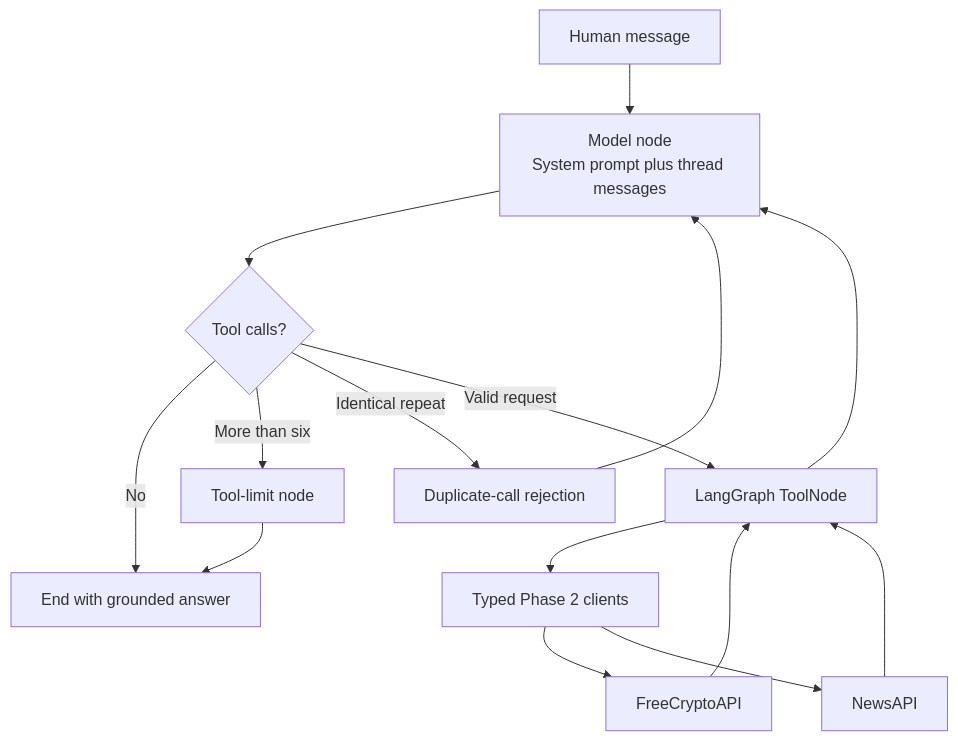
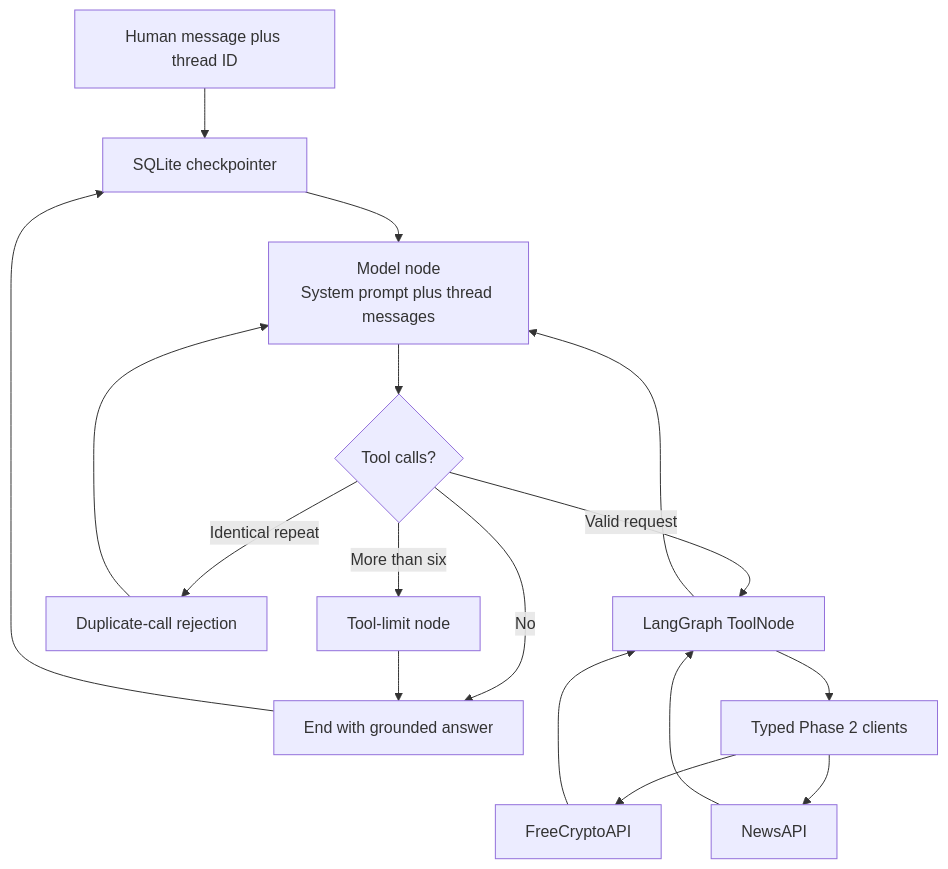
The diagram in docs/architecture.md (siddchauhan77/crypto-analysis-agent-langgraph), drawn with Mermaid before and after one commit. The commit also changed other lines of this file and 11 other files, not shown here.

````diff
--- a/docs/architecture.md
+++ b/docs/architecture.md
@@ -26,17 +29,19 @@
 ```mermaid
 flowchart TD
-    U["Human message"] --> M["Model node<br>System prompt plus thread messages"]
+    U["Human message plus thread ID"] --> S["SQLite checkpointer"]
+    S --> M["Model node<br>System prompt plus thread messages"]
     M --> R{"Tool calls?"}
     R -->|"No"| E["End with grounded answer"]
     R -->|"More than six"| L["Tool-limit node"]
     R -->|"Identical repeat"| D["Duplicate-call rejection"]
     R -->|"Valid request"| T["LangGraph ToolNode"]
     T --> C["Typed Phase 2 clients"]
     C --> F["FreeCryptoAPI"]
     C --> N["NewsAPI"]
     F --> T
     N --> T
     T --> M
     D --> M
     L --> E
+    E --> S
 ```
````
